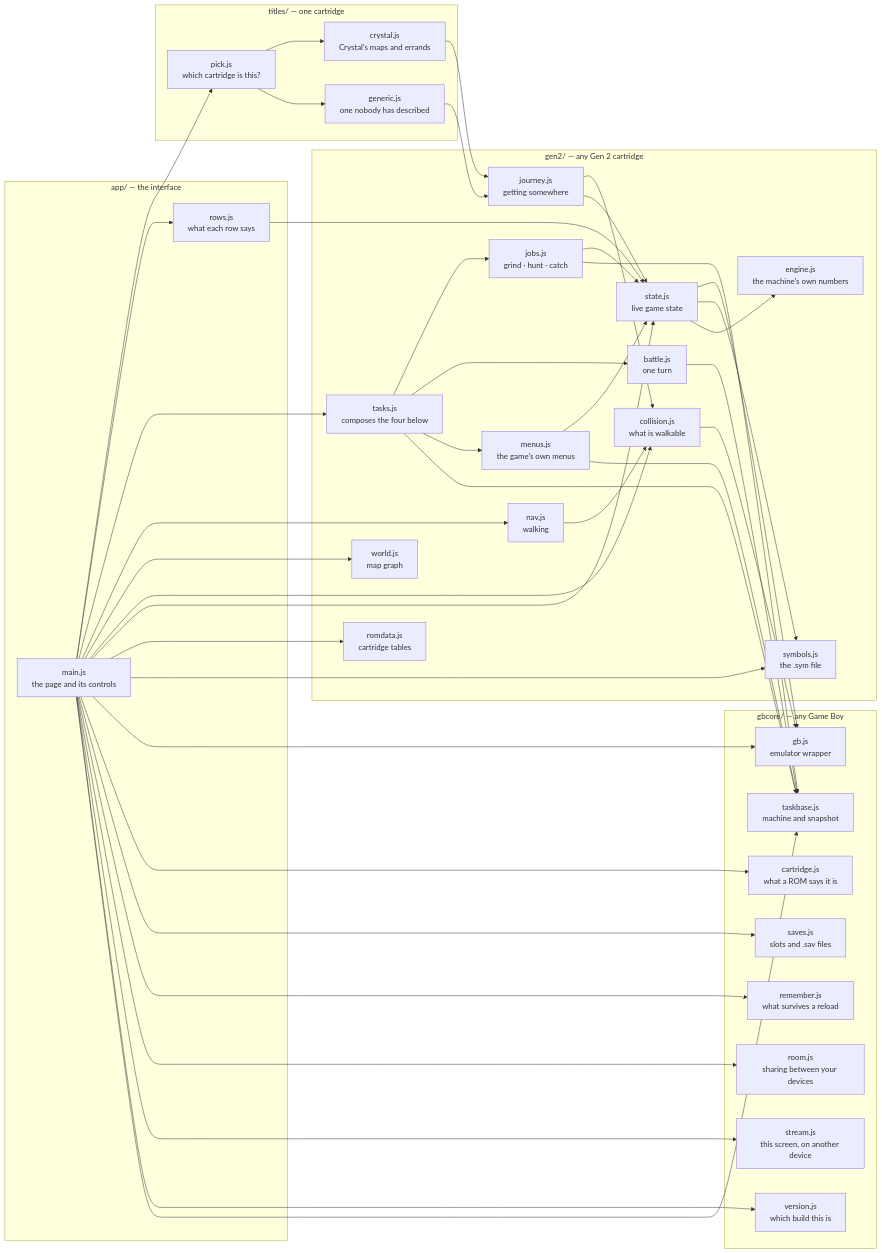
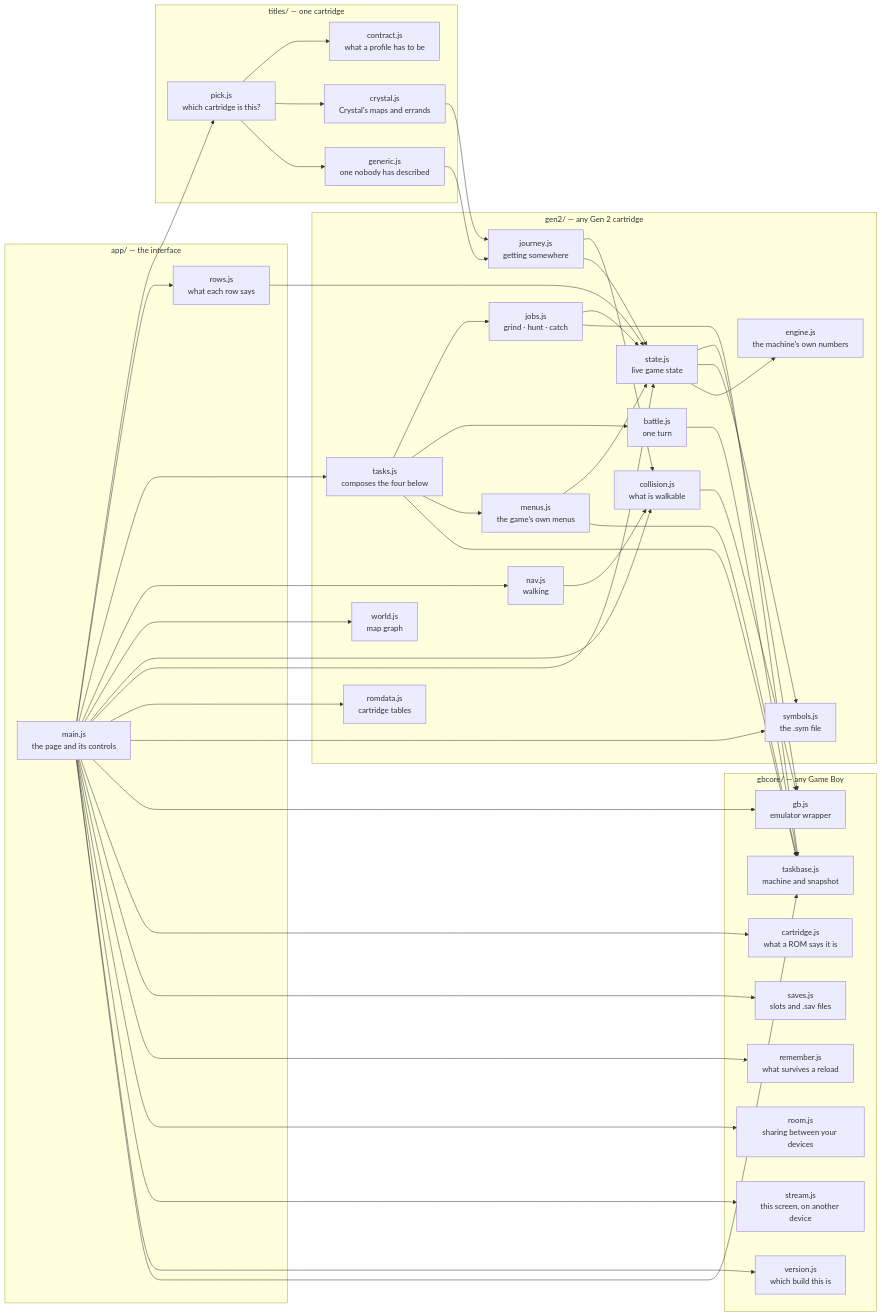
One commit to minormending/crystal-pilot-mobile changed the second of 21 diagrams in docs/CODE.md. Above: the diagram before and after it, drawn with Mermaid. The commit also changed other lines of this file and 8 other files, not shown here.

````diff
--- a/docs/CODE.md
+++ b/docs/CODE.md
@@ -162,75 +162,77 @@
 ```mermaid
 flowchart LR
     subgraph app["app/ — the interface"]
         main["main.js<br/>the page and its controls"]
         rows["rows.js<br/>what each row says"]
     end
     subgraph titles["titles/ — one cartridge"]
         pick["pick.js<br/>which cartridge is this?"]
+        contract["contract.js<br/>what a profile has to be"]
         title["crystal.js<br/>Crystal's maps and errands"]
         gener["generic.js<br/>one nobody has described"]
     end
     subgraph gen2["gen2/ — any Gen 2 cartridge"]
         tasks["tasks.js<br/>composes the four below"]
         jour["journey.js<br/>getting somewhere"]
         jobs["jobs.js<br/>grind · hunt · catch"]
         btl["battle.js<br/>one turn"]
         menus["menus.js<br/>the game's own menus"]
         nav["nav.js<br/>walking"]
         world["world.js<br/>map graph"]
         coll["collision.js<br/>what is walkable"]
         state["state.js<br/>live game state"]
         rom["romdata.js<br/>cartridge tables"]
         sym["symbols.js<br/>the .sym file"]
         eng["engine.js<br/>the machine's own numbers"]
     end
     subgraph gbcore["gbcore/ — any Game Boy"]
         tbase["taskbase.js<br/>machine and snapshot"]
         saves["saves.js<br/>slots and .sav files"]
         rem["remember.js<br/>what survives a reload"]
         room["room.js<br/>sharing between your devices"]
         stream["stream.js<br/>this screen, on another device"]
         ver["version.js<br/>which build this is"]
         cart["cartridge.js<br/>what a ROM says it is"]
         gb["gb.js<br/>emulator wrapper"]
     end
 
     main --> pick
+    pick --> contract
     pick --> title
     pick --> gener
     main --> rows
     main --> tasks
     main --> nav
     main --> world
     main --> coll
     main --> state
     main --> rom
     main --> sym
     main --> gb
     main --> cart
     main --> saves
     main --> rem
     main --> room
     main --> stream
     main --> ver
     main --> tbase
     rows --> state
     title --> jour
     gener --> jour
     jour --> coll
     jour --> state
     tasks --> jobs
     tasks --> btl
     tasks --> menus
     tasks --> tbase
     jobs --> state
     jobs --> tbase
     btl --> tbase
     menus --> state
     menus --> tbase
     nav --> coll
     coll --> gb
     state --> gb
     state --> sym
     state --> eng
 ```
````
